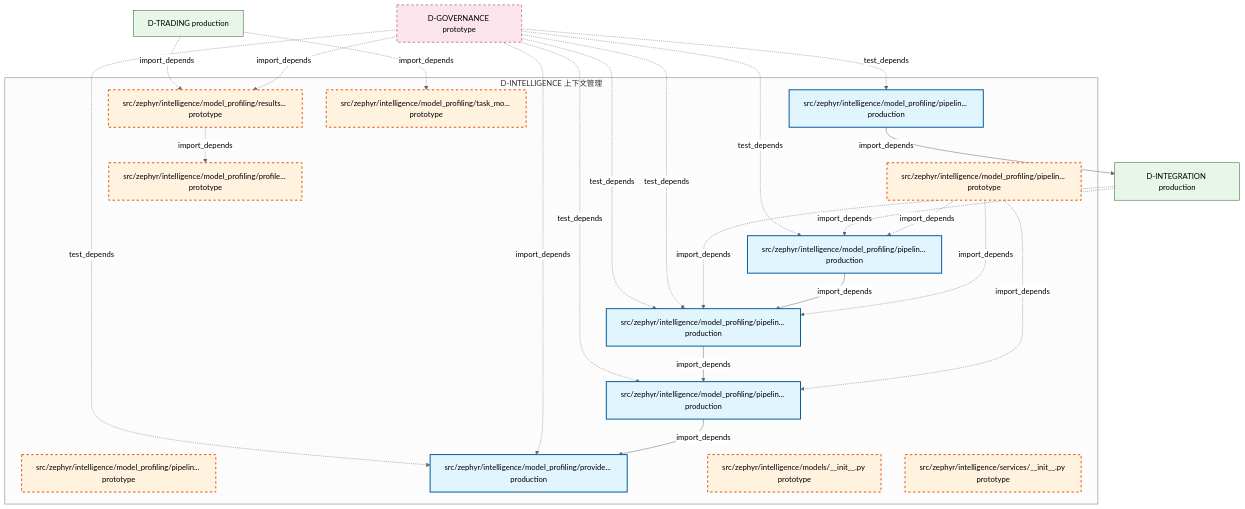
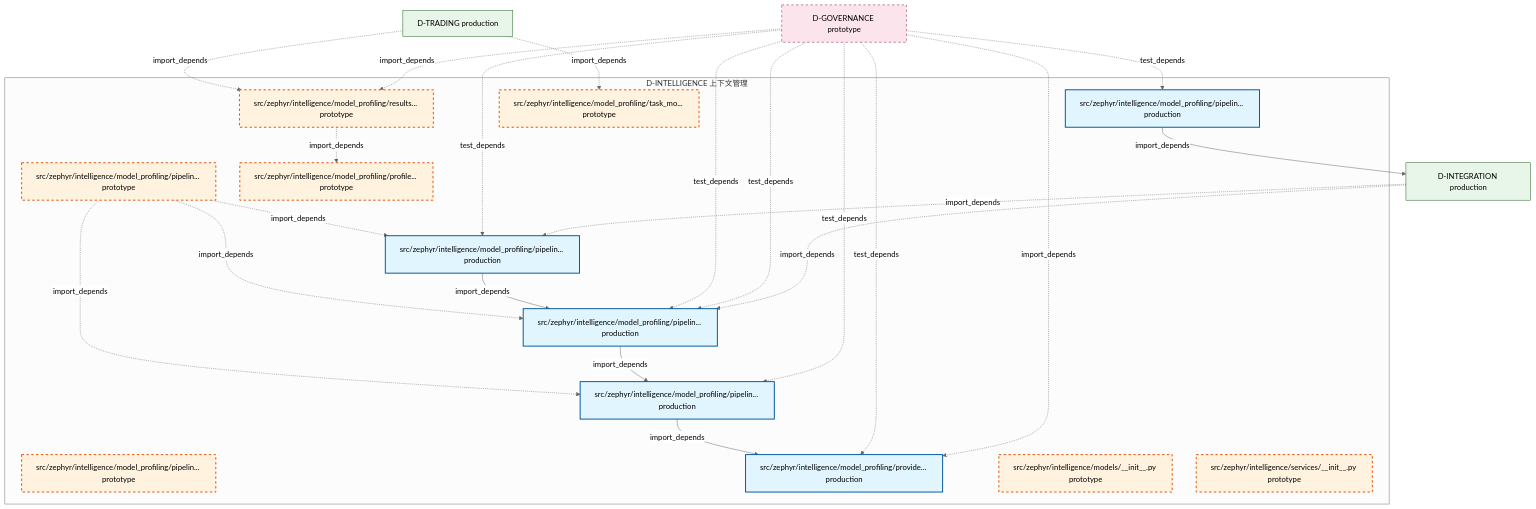
One commit to xuanFelixVan/ZephyrAlpha changed the second of 2 diagrams in docs/02_enterprise_architecture/02_domain_architecture_docs/40_d_intelligence.md. Above: the diagram before and after it, drawn with Mermaid (neutral theme). The commit also changed other lines of this file and 54 other files, not shown here.

````diff
--- a/docs/02_enterprise_architecture/02_domain_architecture_docs/40_d_intelligence.md
+++ b/docs/02_enterprise_architecture/02_domain_architecture_docs/40_d_intelligence.md
@@ -189,48 +193,48 @@
 ```mermaid
 graph TD
     subgraph D_INTELLIGENCE["D-INTELLIGENCE 上下文管理"]
         src_zephyr_intelligence_model_profiling_pipeline_routing_cli_py["src/zephyr/intelligence/model_profiling/pipelin... prototype"]
         src_zephyr_intelligence_model_profiling_pipeline_routing_deepseek_v4_chat_py["src/zephyr/intelligence/model_profiling/pipelin... prototype"]
         src_zephyr_intelligence_model_profiling_pipeline_routing_model_discovery_py["src/zephyr/intelligence/model_profiling/pipelin... production"]
         src_zephyr_intelligence_model_profiling_pipeline_routing_profiler_py["src/zephyr/intelligence/model_profiling/pipelin... production"]
         src_zephyr_intelligence_model_profiling_pipeline_routing_results_writer_py["src/zephyr/intelligence/model_profiling/pipelin... production"]
         src_zephyr_intelligence_model_profiling_pipeline_routing_task_model_learner_py["src/zephyr/intelligence/model_profiling/pipelin... production"]
         src_zephyr_intelligence_model_profiling_profiler_py["src/zephyr/intelligence/model_profiling/profile... prototype"]
         src_zephyr_intelligence_model_profiling_provider_data_py["src/zephyr/intelligence/model_profiling/provide... production"]
         src_zephyr_intelligence_model_profiling_results_writer_py["src/zephyr/intelligence/model_profiling/results... prototype"]
         src_zephyr_intelligence_model_profiling_task_model_learner_py["src/zephyr/intelligence/model_profiling/task_mo... prototype"]
         src_zephyr_intelligence_models_init_py["src/zephyr/intelligence/models/__init__.py prototype"]
         src_zephyr_intelligence_services_init_py["src/zephyr/intelligence/services/__init__.py prototype"]
     end
     src_zephyr_intelligence_model_profiling_results_writer_py -.->|import_depends| src_zephyr_intelligence_model_profiling_profiler_py
     src_zephyr_intelligence_model_profiling_pipeline_routing_cli_py -.->|import_depends| src_zephyr_intelligence_model_profiling_pipeline_routing_profiler_py
     src_zephyr_intelligence_model_profiling_pipeline_routing_cli_py -.->|import_depends| src_zephyr_intelligence_model_profiling_pipeline_routing_model_discovery_py
     src_zephyr_intelligence_model_profiling_pipeline_routing_cli_py -.->|import_depends| src_zephyr_intelligence_model_profiling_pipeline_routing_results_writer_py
     src_zephyr_intelligence_model_profiling_pipeline_routing_profiler_py -->|import_depends| src_zephyr_intelligence_model_profiling_pipeline_routing_model_discovery_py
     src_zephyr_intelligence_model_profiling_pipeline_routing_model_discovery_py -->|import_depends| src_zephyr_intelligence_model_profiling_provider_data_py
     src_zephyr_intelligence_model_profiling_pipeline_routing_results_writer_py -->|import_depends| src_zephyr_intelligence_model_profiling_pipeline_routing_profiler_py
     D_INTEGRATION["D-INTEGRATION production"]
     src_zephyr_intelligence_model_profiling_pipeline_routing_task_model_learner_py -->|import_depends| D_INTEGRATION
+    D_TRADING["D-TRADING production"]
+    D_TRADING -.->|import_depends| src_zephyr_intelligence_model_profiling_results_writer_py
     D_GOVERNANCE["D-GOVERNANCE prototype"]
     D_GOVERNANCE -.->|import_depends| src_zephyr_intelligence_model_profiling_results_writer_py
-    D_TRADING["D-TRADING production"]
-    D_TRADING -.->|import_depends| src_zephyr_intelligence_model_profiling_results_writer_py
     D_TRADING -.->|import_depends| src_zephyr_intelligence_model_profiling_task_model_learner_py
+    D_GOVERNANCE -.->|test_depends| src_zephyr_intelligence_model_profiling_provider_data_py
     D_GOVERNANCE -.->|import_depends| src_zephyr_intelligence_model_profiling_provider_data_py
-    D_GOVERNANCE -.->|test_depends| src_zephyr_intelligence_model_profiling_provider_data_py
-    D_INTEGRATION -.->|import_depends| src_zephyr_intelligence_model_profiling_pipeline_routing_profiler_py
     D_GOVERNANCE -.->|test_depends| src_zephyr_intelligence_model_profiling_pipeline_routing_profiler_py
     D_GOVERNANCE -.->|test_depends| src_zephyr_intelligence_model_profiling_pipeline_routing_profiler_py
+    D_INTEGRATION -.->|import_depends| src_zephyr_intelligence_model_profiling_pipeline_routing_profiler_py
     D_GOVERNANCE -.->|test_depends| src_zephyr_intelligence_model_profiling_pipeline_routing_model_discovery_py
     D_GOVERNANCE -.->|test_depends| src_zephyr_intelligence_model_profiling_pipeline_routing_task_model_learner_py
+    D_GOVERNANCE -.->|test_depends| src_zephyr_intelligence_model_profiling_pipeline_routing_results_writer_py
     D_INTEGRATION -.->|import_depends| src_zephyr_intelligence_model_profiling_pipeline_routing_results_writer_py
-    D_GOVERNANCE -.->|test_depends| src_zephyr_intelligence_model_profiling_pipeline_routing_results_writer_py
     classDef production fill:#e1f5fe,stroke:#01579b,stroke-width:2px,color:#000
     classDef design fill:#fff3e0,stroke:#e65100,stroke-width:2px,color:#000,stroke-dasharray: 5 5
     classDef external_prod fill:#e8f5e9,stroke:#1b5e20,stroke-width:1px,color:#000
     classDef external_design fill:#fce4ec,stroke:#880e4f,stroke-width:1px,color:#000,stroke-dasharray: 5 5
     class src_zephyr_intelligence_model_profiling_pipeline_routing_model_discovery_py,src_zephyr_intelligence_model_profiling_pipeline_routing_profiler_py,src_zephyr_intelligence_model_profiling_pipeline_routing_results_writer_py,src_zephyr_intelligence_model_profiling_pipeline_routing_task_model_learner_py,src_zephyr_intelligence_model_profiling_provider_data_py production
     class src_zephyr_intelligence_model_profiling_pipeline_routing_cli_py,src_zephyr_intelligence_model_profiling_pipeline_routing_deepseek_v4_chat_py,src_zephyr_intelligence_model_profiling_profiler_py,src_zephyr_intelligence_model_profiling_results_writer_py,src_zephyr_intelligence_model_profiling_task_model_learner_py,src_zephyr_intelligence_models_init_py,src_zephyr_intelligence_services_init_py design
     class D_INTEGRATION,D_TRADING external_prod
     class D_GOVERNANCE external_design
 ```
````
